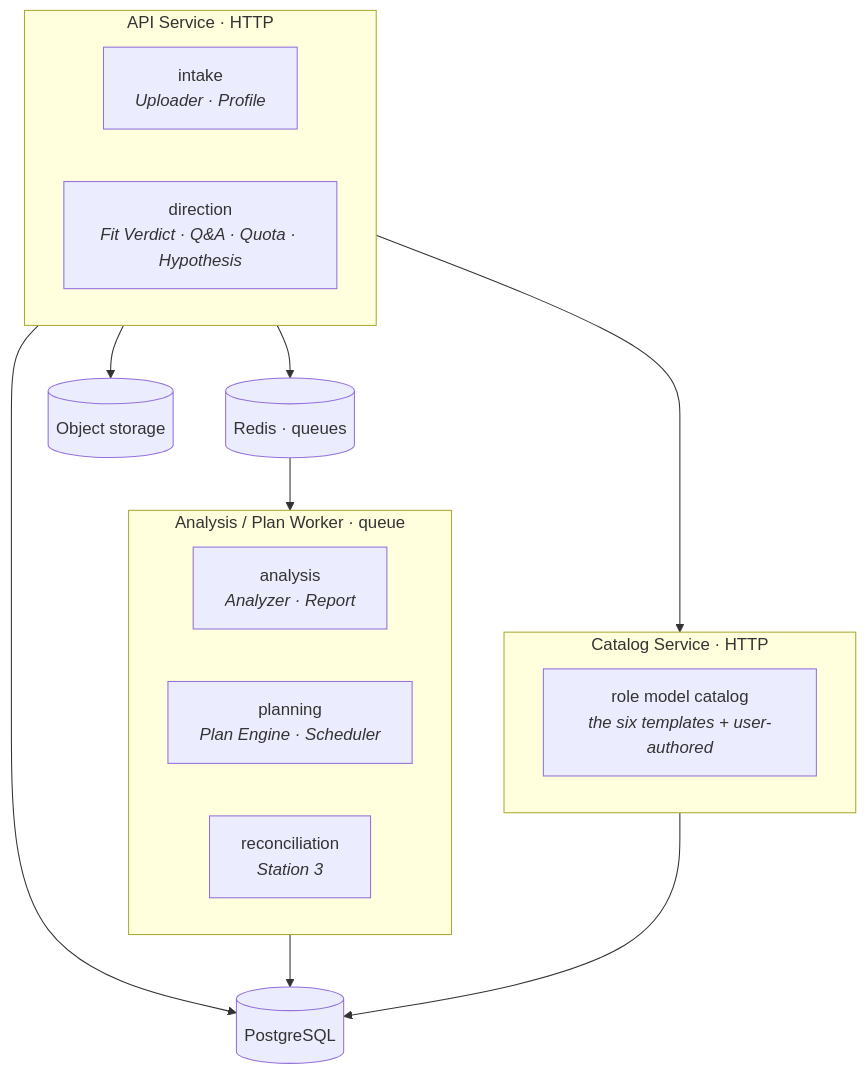
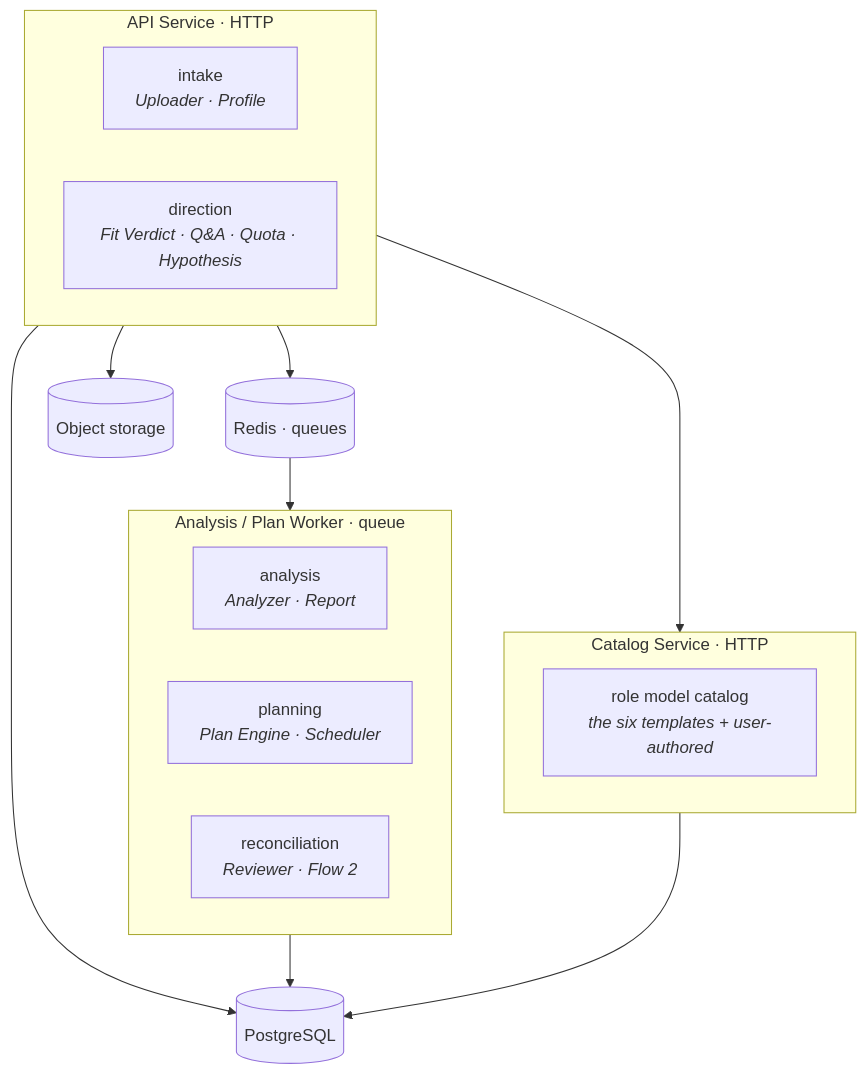
Before and after one commit to Quasar-Gang/guru-design: the sixth of 6 diagrams in SYSTEM-DESIGN.md, drawn with Mermaid. The commit also changed other lines of this file and 9 other files, not shown here.

First line of the commit message:
docs: restructure around the two-flow concept, adopt the submission template

````diff
--- a/SYSTEM-DESIGN.md
+++ b/SYSTEM-DESIGN.md
@@ -549,28 +582,28 @@
 ```mermaid
 flowchart TB
     subgraph api ["API Service · HTTP"]
         INTAKE["intake<br/><i>Uploader · Profile</i>"]
         DIR["direction<br/><i>Fit Verdict · Q&amp;A · Quota · Hypothesis</i>"]
     end
 
     subgraph worker ["Analysis / Plan Worker · queue"]
         ANA["analysis<br/><i>Analyzer · Report</i>"]
         PLAN["planning<br/><i>Plan Engine · Scheduler</i>"]
-        REC["reconciliation<br/><i>Station 3</i>"]
+        REC["reconciliation<br/><i>Reviewer · Flow 2</i>"]
     end
 
     subgraph catalog ["Catalog Service · HTTP"]
         RM["role model catalog<br/><i>the six templates + user-authored</i>"]
     end
 
     DB[("PostgreSQL")]
     Q[("Redis · queues")]
     OBJ[("Object storage")]
 
     api --> Q --> worker
     api --> DB
     worker --> DB
     catalog --> DB
     api --> catalog
     api --> OBJ
 ```
````
